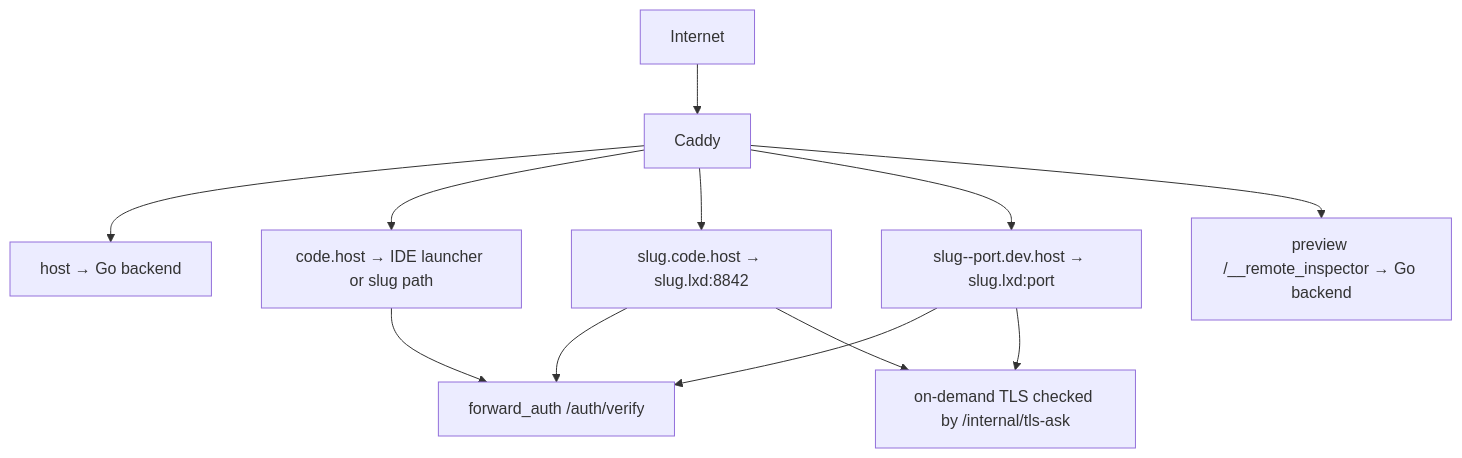
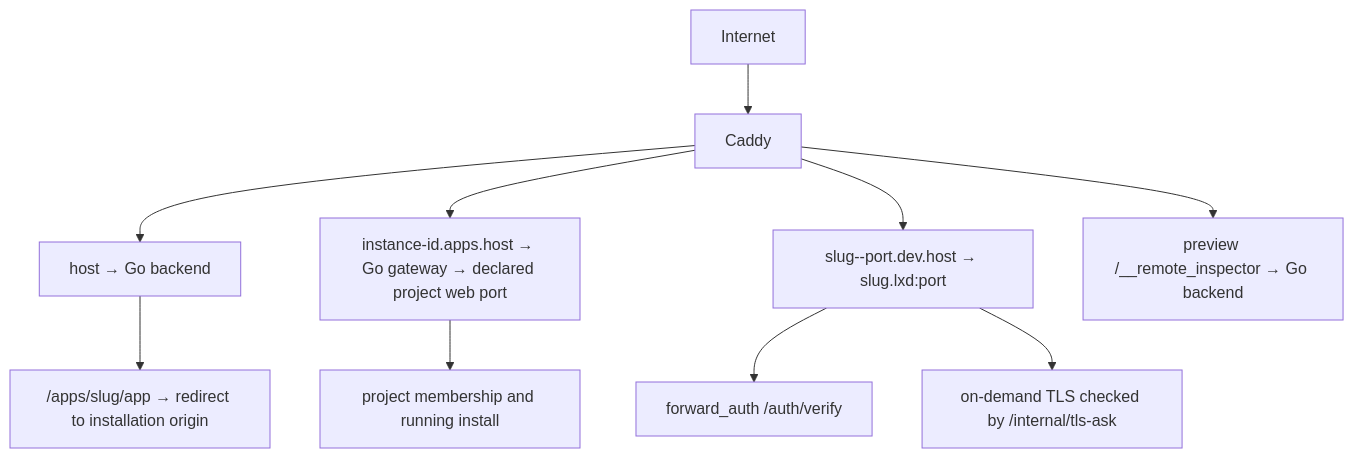
Before and after one commit to Ahmedwaleed22/remote.futrx: the third of 6 diagrams in docs/04-operations/09-deployment-and-operations.md, drawn with Mermaid. The commit also changed other lines of this file and 80 other files, not shown here.

````diff
--- a/docs/04-operations/09-deployment-and-operations.md
+++ b/docs/04-operations/09-deployment-and-operations.md
@@ -108,15 +107,13 @@
 ```mermaid
 flowchart TD
     Internet["Internet"] --> Caddy
     Caddy --> Main["host → Go backend"]
-    Caddy --> Launcher["code.host → IDE launcher or slug path"]
-    Caddy --> ProjectIDE["slug.code.host → slug.lxd:8842"]
+    Main --> Launch["/apps/slug/app → redirect to installation origin"]
+    Caddy --> AppWeb["instance-id.apps.host → Go gateway → declared project web port"]
     Caddy --> Preview["slug--port.dev.host → slug.lxd:port"]
     Caddy --> Inspector["preview /__remote_inspector → Go backend"]
 
-    ProjectIDE --> Auth["forward_auth /auth/verify"]
-    Preview --> Auth
-    Launcher --> Auth
-    ProjectIDE --> TLS["on-demand TLS checked by /internal/tls-ask"]
-    Preview --> TLS
+    Preview --> Auth["forward_auth /auth/verify"]
+    AppWeb --> Membership["project membership and running install"]
+    Preview --> TLS["on-demand TLS checked by /internal/tls-ask"]
 ```
````
